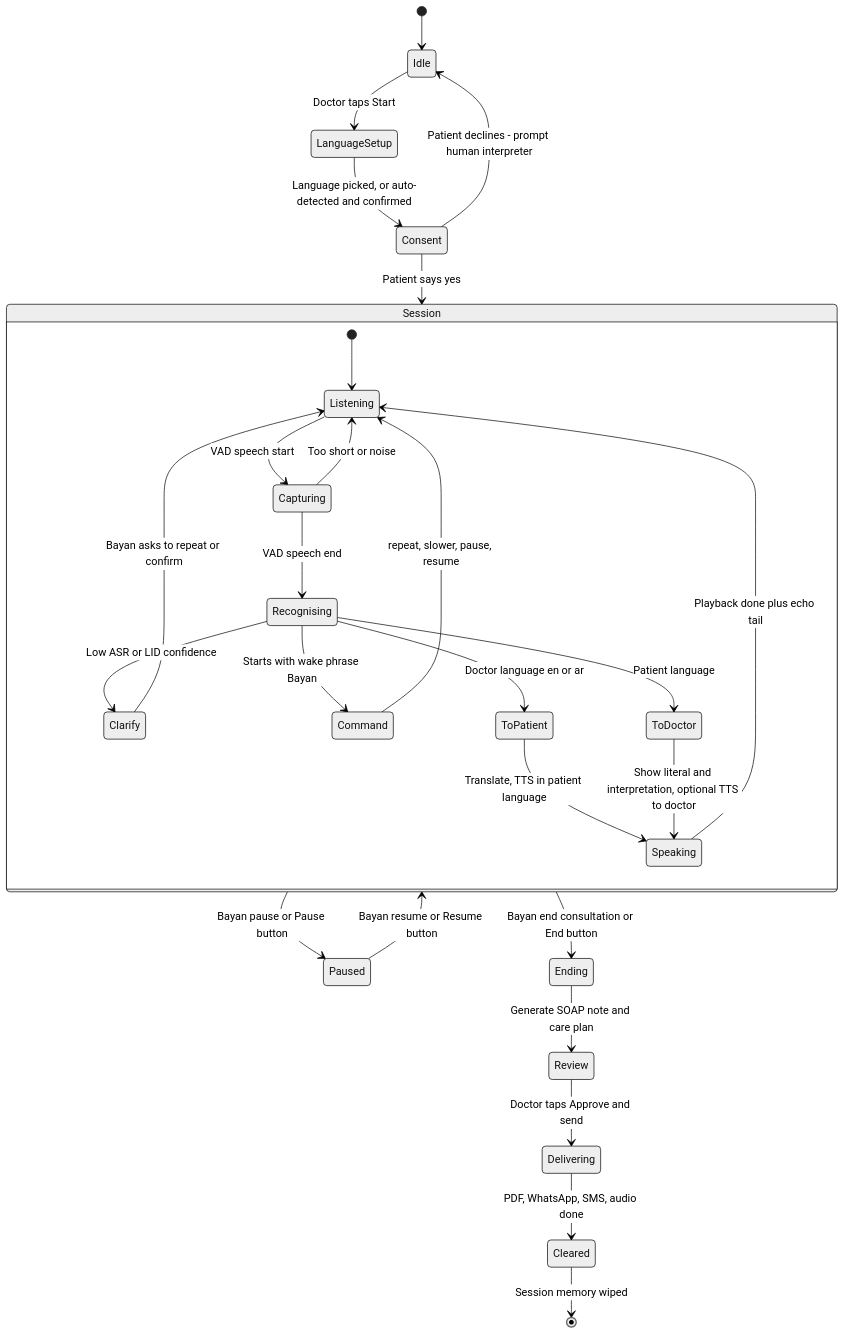
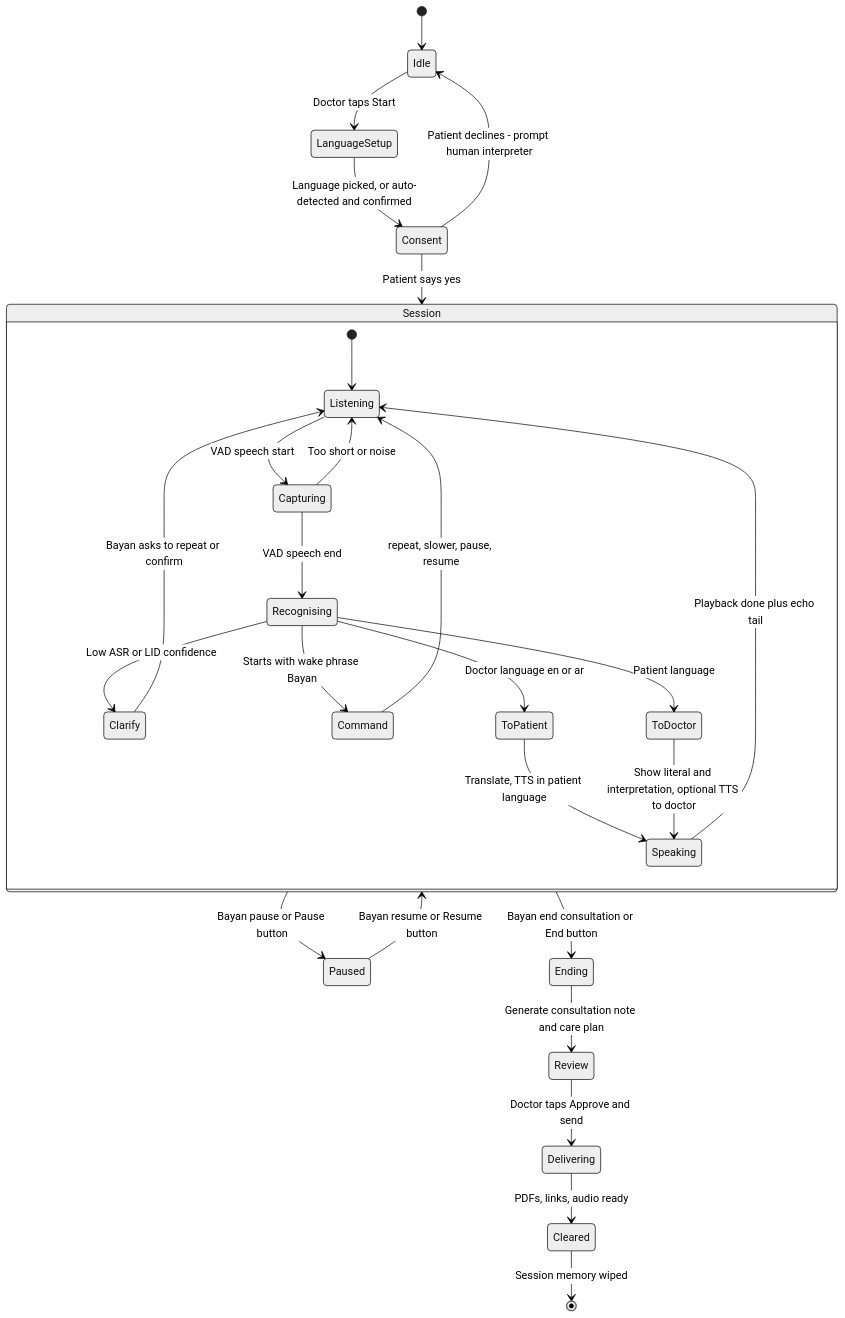
One commit to diyorbekibragimov/BayanAI changed the first of 2 diagrams in docs/02-product-spec.md. Above: the diagram before and after it, drawn with Mermaid (neutral theme). The commit also changed other lines of this file and 91 other files, not shown here.

````diff
--- a/docs/02-product-spec.md
+++ b/docs/02-product-spec.md
@@ -70,32 +85,32 @@
 ```mermaid
 stateDiagram-v2
     [*] --> Idle
     Idle --> LanguageSetup: Doctor taps Start
     LanguageSetup --> Consent: Language picked, or auto-detected and confirmed
     Consent --> Session: Patient says yes
     Consent --> Idle: Patient declines - prompt human interpreter
 
     state Session {
         [*] --> Listening
         Listening --> Capturing: VAD speech start
         Capturing --> Listening: Too short or noise
         Capturing --> Recognising: VAD speech end
         Recognising --> Clarify: Low ASR or LID confidence
         Clarify --> Listening: Bayan asks to repeat or confirm
         Recognising --> Command: Starts with wake phrase Bayan
         Command --> Listening: repeat, slower, pause, resume
         Recognising --> ToPatient: Doctor language en or ar
         Recognising --> ToDoctor: Patient language
         ToPatient --> Speaking: Translate, TTS in patient language
         ToDoctor --> Speaking: Show literal and interpretation, optional TTS to doctor
         Speaking --> Listening: Playback done plus echo tail
     }
 
     Session --> Paused: Bayan pause or Pause button
     Paused --> Session: Bayan resume or Resume button
     Session --> Ending: Bayan end consultation or End button
-    Ending --> Review: Generate SOAP note and care plan
+    Ending --> Review: Generate consultation note and care plan
     Review --> Delivering: Doctor taps Approve and send
-    Delivering --> Cleared: PDF, WhatsApp, SMS, audio done
+    Delivering --> Cleared: PDFs, links, audio ready
     Cleared --> [*]: Session memory wiped
 ```
````
